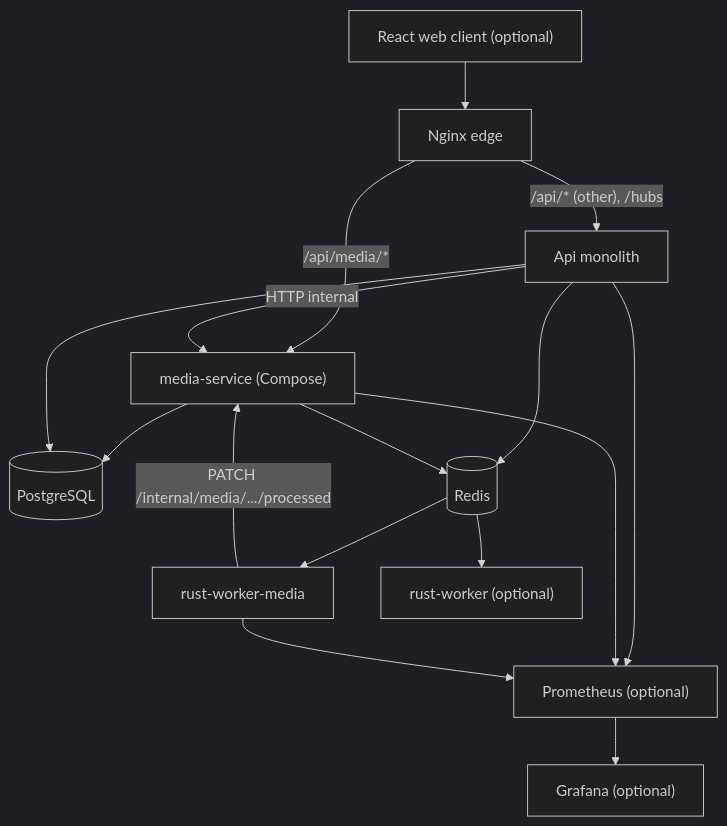
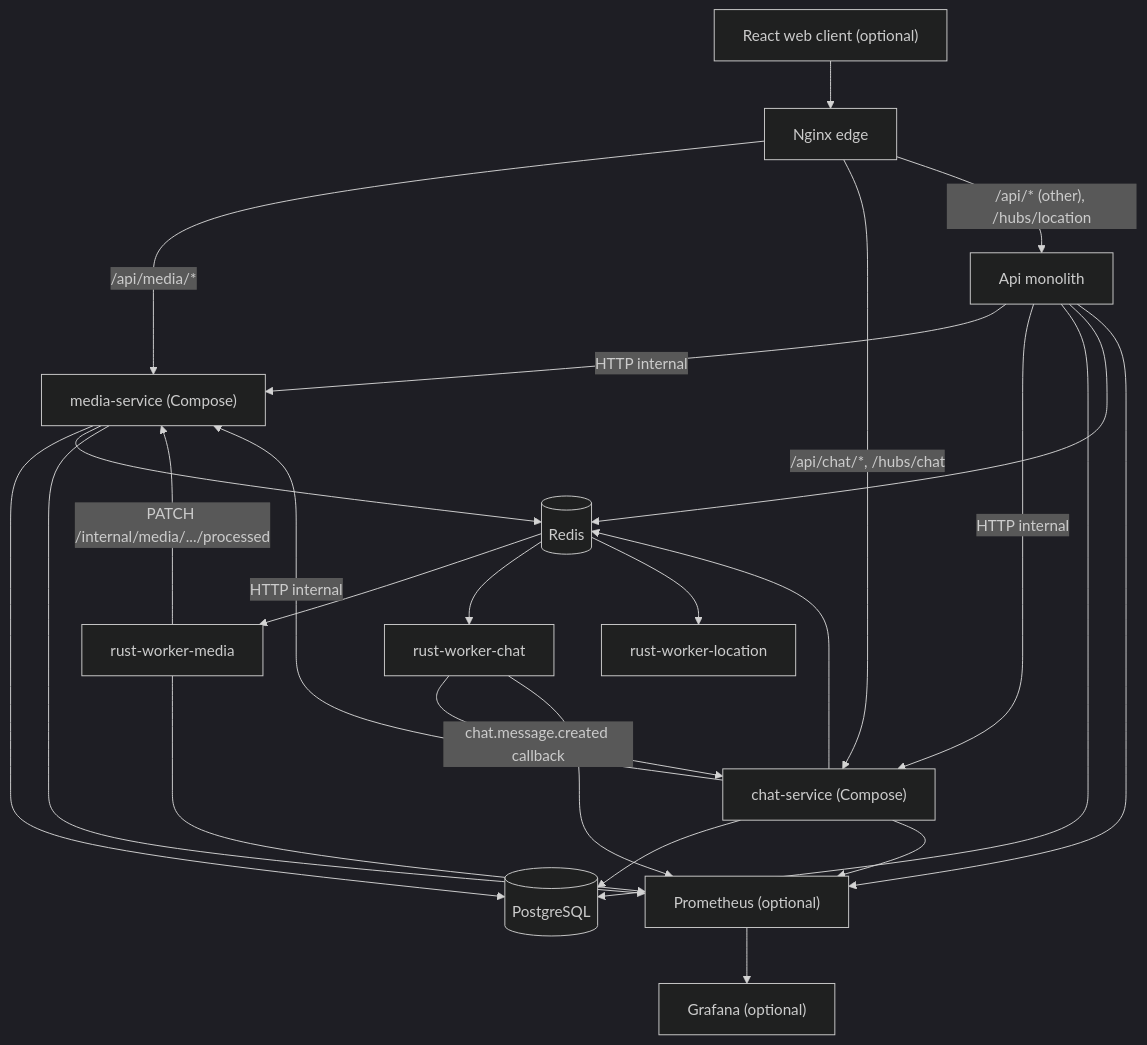
One commit to Atsilut/Tangle-study changed the first of 2 diagrams in docs/ARCHITECTURE.md. Above: the diagram before and after it, drawn with Mermaid (dark theme). The commit also changed other lines of this file and 7 other files, not shown here.

First line of the commit message:
ci: publish, test, and build Chat service in the harness stack

````diff
--- a/docs/ARCHITECTURE.md
+++ b/docs/ARCHITECTURE.md
@@ -15,29 +15,40 @@
 ```mermaid
 flowchart TB
   Web["React web client (optional)"]
   Nginx["Nginx edge"]
   API["Api monolith"]
   Media["media-service (Compose)"]
+  Chat["chat-service (Compose)"]
   PG[(PostgreSQL)]
   Redis[(Redis)]
   WorkerMedia["rust-worker-media"]
-  Worker["rust-worker (optional)"]
+  WorkerChat["rust-worker-chat"]
+  WorkerLocation["rust-worker-location"]
   Prom["Prometheus (optional)"]
   Graf["Grafana (optional)"]
 
   Web --> Nginx
   Nginx -->|"/api/media/*"| Media
-  Nginx -->|"/api/* (other), /hubs"| API
+  Nginx -->|"/api/chat/*, /hubs/chat"| Chat
+  Nginx -->|"/api/* (other), /hubs/location"| API
   API -->|HTTP internal| Media
+  API -->|HTTP internal| Chat
+  Chat -->|HTTP internal| Media
+  Chat --> PG
   Media --> PG
   API --> PG
   API --> Redis
   Media --> Redis
+  Chat --> Redis
   Redis --> WorkerMedia
-  Redis --> Worker
+  Redis --> WorkerChat
+  Redis --> WorkerLocation
   WorkerMedia -->|PATCH /internal/media/.../processed| Media
+  WorkerChat -->|chat.message.created callback| Chat
   API --> Prom
   Media --> Prom
+  Chat --> Prom
   WorkerMedia --> Prom
+  WorkerChat --> Prom
   Prom --> Graf
 ```
````
